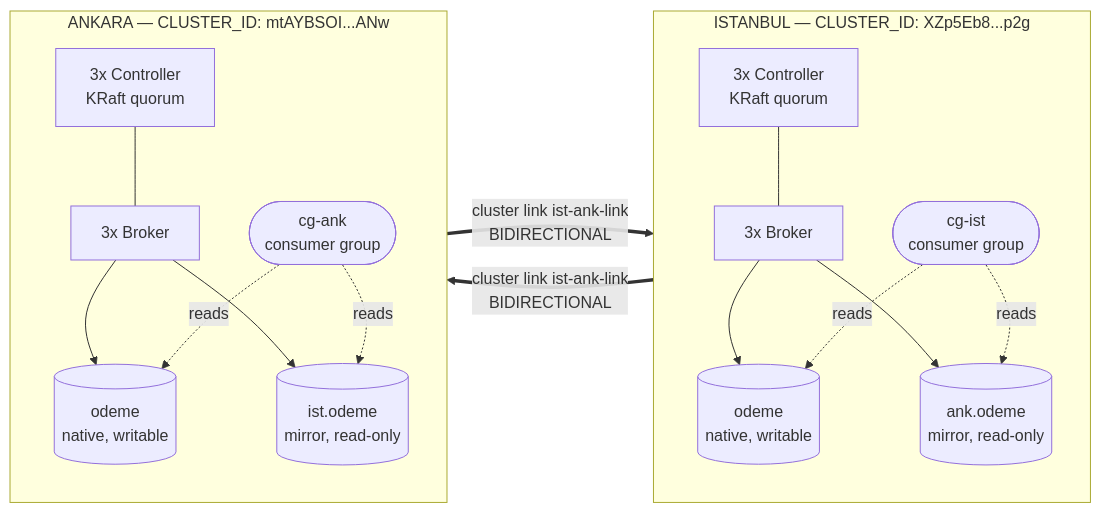
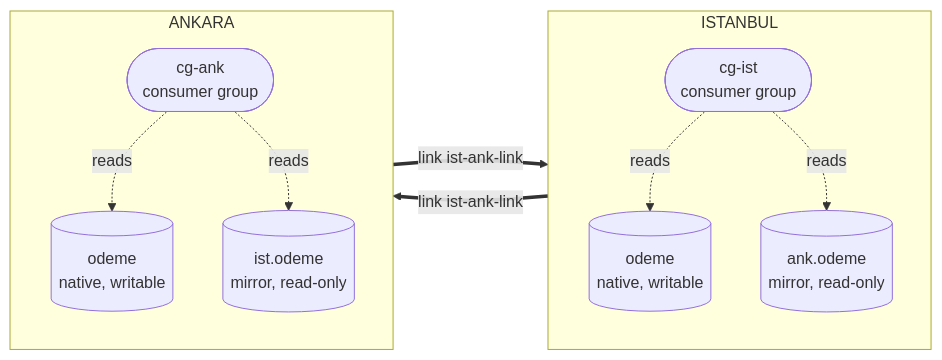
One commit to bunyaminonum/confluent-kafka-cluster-linking-demo changed the third of 3 diagrams in README.md. Above: the diagram before and after it, drawn with Mermaid. The commit also changed other lines of this file and 3 other files, not shown here.

````diff
--- a/README.md
+++ b/README.md
@@ -7,33 +333,21 @@
 ```mermaid
 flowchart LR
-    subgraph IST["ISTANBUL — CLUSTER_ID: XZp5Eb8...p2g"]
+    subgraph IST3["ISTANBUL"]
         direction TB
-        ISTQ[3x Controller<br/>KRaft quorum]
-        ISTB[3x Broker]
-        ISTQ --- ISTB
         ISTNative[("odeme<br/>native, writable")]
         ISTMirror[("ank.odeme<br/>mirror, read-only")]
-        ISTB --> ISTNative
-        ISTB --> ISTMirror
         ISTCG(["cg-ist<br/>consumer group"])
         ISTCG -.->|reads| ISTNative
         ISTCG -.->|reads| ISTMirror
     end
-
-    subgraph ANK["ANKARA — CLUSTER_ID: mtAYBSOI...ANw"]
+    subgraph ANK3["ANKARA"]
         direction TB
-        ANKQ[3x Controller<br/>KRaft quorum]
-        ANKB[3x Broker]
-        ANKQ --- ANKB
         ANKNative[("odeme<br/>native, writable")]
         ANKMirror[("ist.odeme<br/>mirror, read-only")]
-        ANKB --> ANKNative
-        ANKB --> ANKMirror
         ANKCG(["cg-ank<br/>consumer group"])
         ANKCG -.->|reads| ANKNative
         ANKCG -.->|reads| ANKMirror
     end
-
-    ISTNative ==>|cluster link ist-ank-link<br/>BIDIRECTIONAL| ANKMirror
-    ANKNative ==>|cluster link ist-ank-link<br/>BIDIRECTIONAL| ISTMirror
+    ISTNative ==>|link ist-ank-link| ANKMirror
+    ANKNative ==>|link ist-ank-link| ISTMirror
 ```
````
